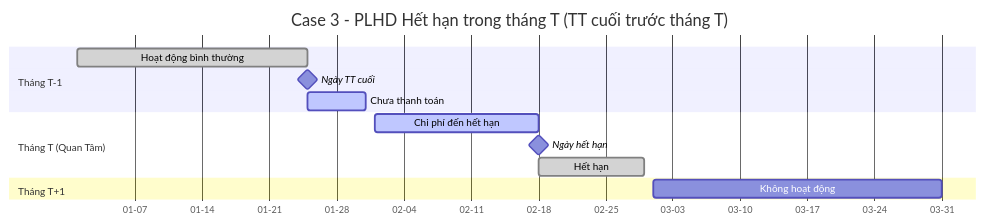
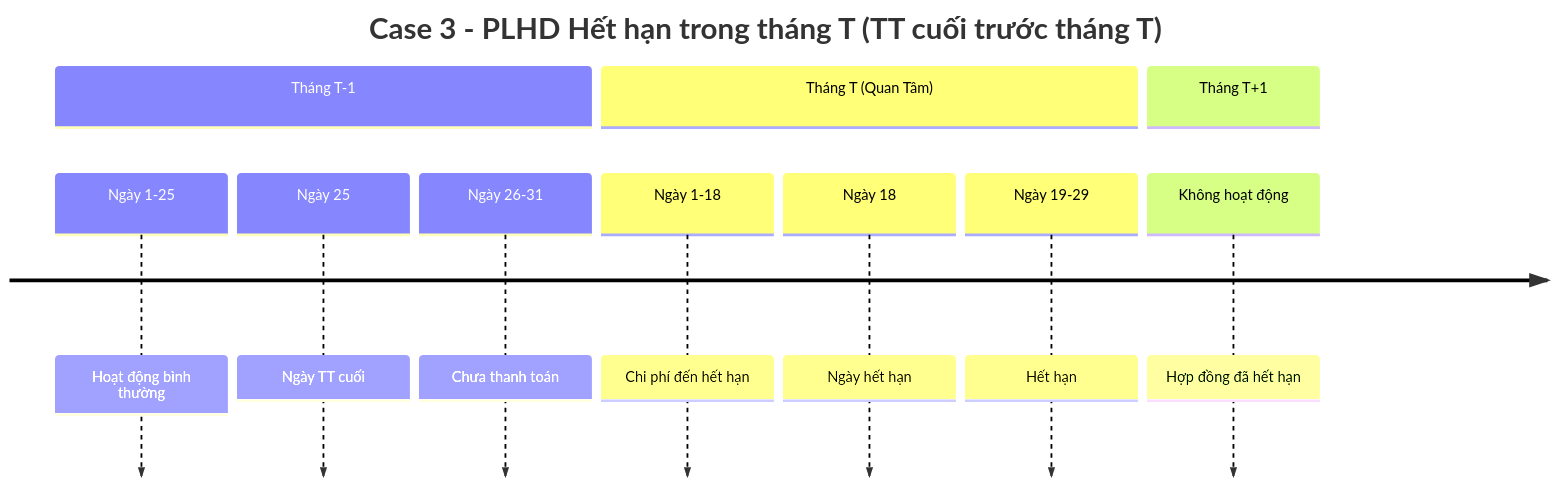
The fourth of 9 diagrams in description_v2.md (gvkth/qlbts_analyze_2o2adj-), drawn with Mermaid before and after one commit. The commit also changed other lines of this file, not shown here.

Commit message:
Update Gantt chart descriptions and conditions

````diff
--- a/description_v2.md
+++ b/description_v2.md
@@ -124,19 +120,17 @@
 ```mermaid
-gantt
+timeline
     title Case 3 - PLHD Hết hạn trong tháng T (TT cuối trước tháng T)
-    dateFormat YYYY-MM-DD
-    axisFormat %m-%d
     
     section Tháng T-1
-    Hoạt động bình thường    :done, prev-month, 2024-01-01, 2024-01-25
-    Ngày TT cuối            :milestone, payment-date, 2024-01-25, 0d
-    Chưa thanh toán         :active, unpaid, 2024-01-25, 2024-01-31
+        Ngày 1-25 : Hoạt động bình thường
+        Ngày 25 : Ngày TT cuối
+        Ngày 26-31 : Chưa thanh toán
     
     section Tháng T (Quan Tâm)
-    Chi phí đến hết hạn     :active, cost-period, 2024-02-01, 2024-02-18
-    Ngày hết hạn            :milestone, expire-date, 2024-02-18, 0d
-    Hết hạn                 :done, expired, 2024-02-18, 2024-02-29
+        Ngày 1-18 : Chi phí đến hết hạn
+        Ngày 18 : Ngày hết hạn
+        Ngày 19-29 : Hết hạn
     
     section Tháng T+1
-    Không hoạt động         :expired-inactive, 2024-03-01, 2024-03-31
+        Không hoạt động : Hợp đồng đã hết hạn
 ```
````
